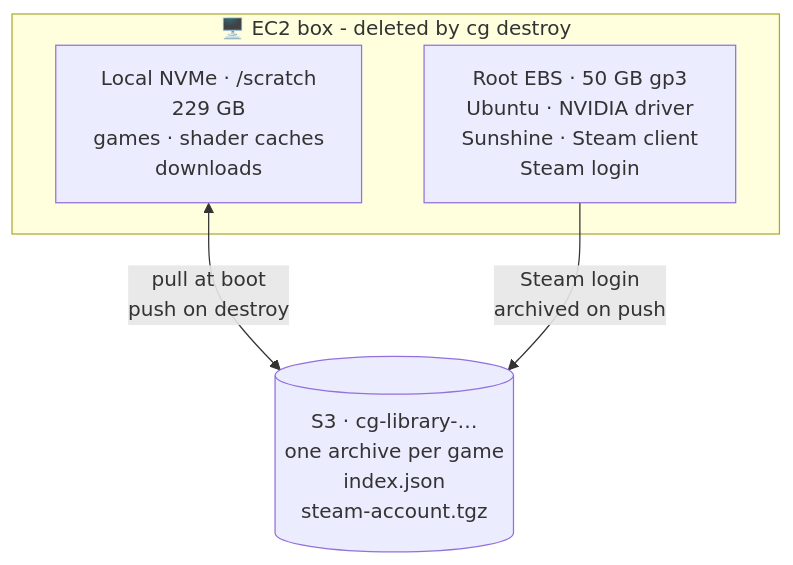
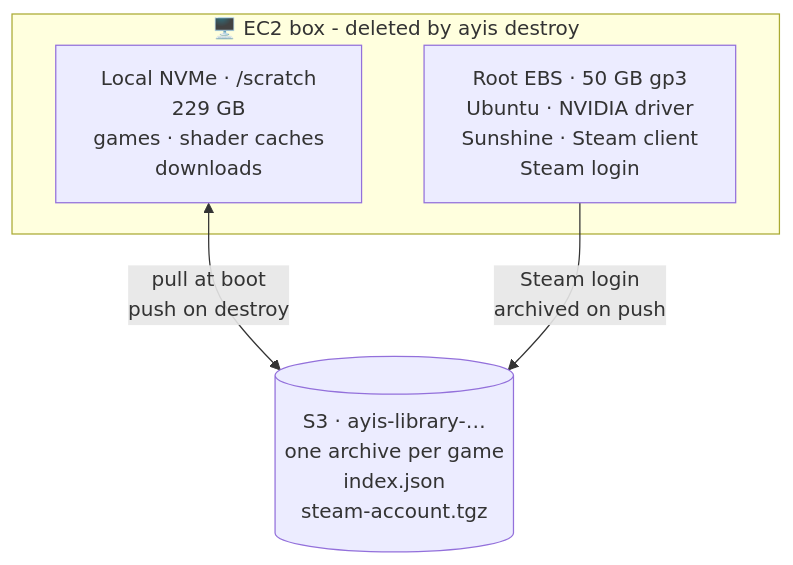
Before and after one commit to jebin2/aws_cloud_gaming: the third of 9 diagrams in docs/architecture.md, drawn with Mermaid. The commit also changed other lines of this file and 334 other files, not shown here.

````diff
--- a/docs/architecture.md
+++ b/docs/architecture.md
@@ -82,10 +82,10 @@
 ```mermaid
 flowchart TB
-  subgraph box["🖥️ EC2 box - deleted by cg destroy"]
+  subgraph box["🖥️ EC2 box - deleted by ayis destroy"]
     root["Root EBS · 50 GB gp3<br/>Ubuntu · NVIDIA driver<br/>Sunshine · Steam client<br/>Steam login"]
     nvme["Local NVMe · /scratch<br/>229 GB<br/>games · shader caches<br/>downloads"]
   end
-  s3[("S3 · cg-library-…<br/>one archive per game<br/>index.json<br/>steam-account.tgz")]
+  s3[("S3 · ayis-library-…<br/>one archive per game<br/>index.json<br/>steam-account.tgz")]
   nvme <-->|"pull at boot<br/>push on destroy"| s3
   root -->|"Steam login<br/>archived on push"| s3
 ```
````
